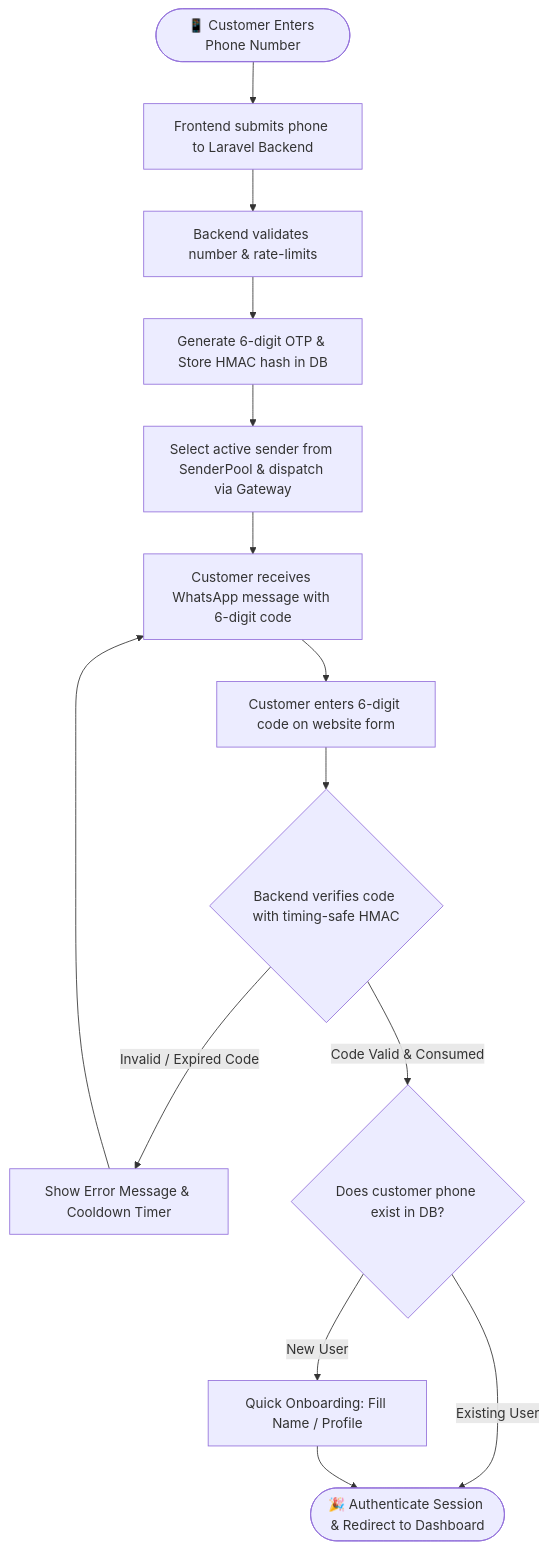
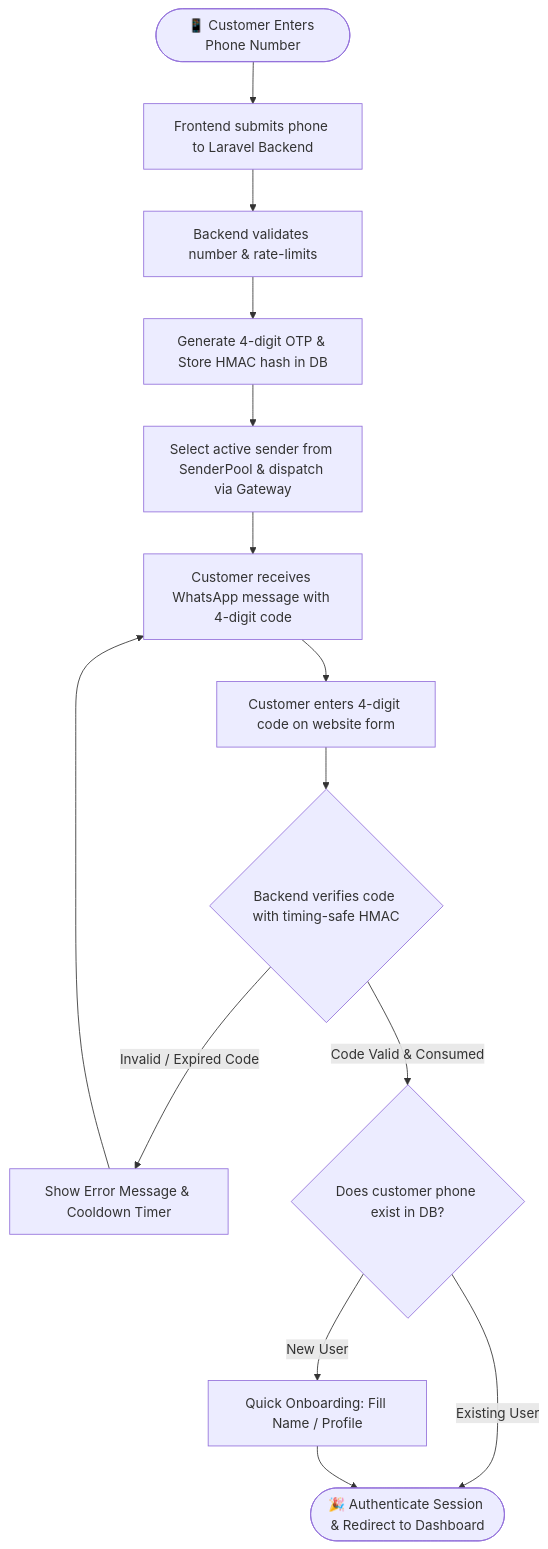
The diagram in whatsapp-addon/README.md (billi-panca-wijaya/wa-gateway), drawn with Mermaid before and after one commit. The commit also changed other lines of this file and 31 other files, not shown here.

Commit message:
fix: standardize OTP code length to 4 digits across addon and update docs

````diff
--- a/whatsapp-addon/README.md
+++ b/whatsapp-addon/README.md
@@ -93,18 +94,18 @@
 ```mermaid
 flowchart TD
     Start([📱 Customer Enters Phone Number]) --> Step1[Frontend submits phone to Laravel Backend]
     Step1 --> Step2[Backend validates number & rate-limits]
-    Step2 --> Step3[Generate 6-digit OTP & Store HMAC hash in DB]
+    Step2 --> Step3[Generate 4-digit OTP & Store HMAC hash in DB]
     Step3 --> Step4[Select active sender from SenderPool & dispatch via Gateway]
-    Step4 --> Step5[Customer receives WhatsApp message with 6-digit code]
-    Step5 --> Step6[Customer enters 6-digit code on website form]
+    Step4 --> Step5[Customer receives WhatsApp message with 4-digit code]
+    Step5 --> Step6[Customer enters 4-digit code on website form]
     Step6 --> Step7{Backend verifies code with timing-safe HMAC}
     
     Step7 -- Invalid / Expired Code --> Error[Show Error Message & Cooldown Timer]
     Error --> Step5
     
     Step7 -- Code Valid & Consumed --> CheckUser{Does customer phone exist in DB?}
     CheckUser -- Existing User --> AuthSuccess([🎉 Authenticate Session & Redirect to Dashboard])
     CheckUser -- New User --> Onboard[Quick Onboarding: Fill Name / Profile]
     Onboard --> AuthSuccess
 ```
````
